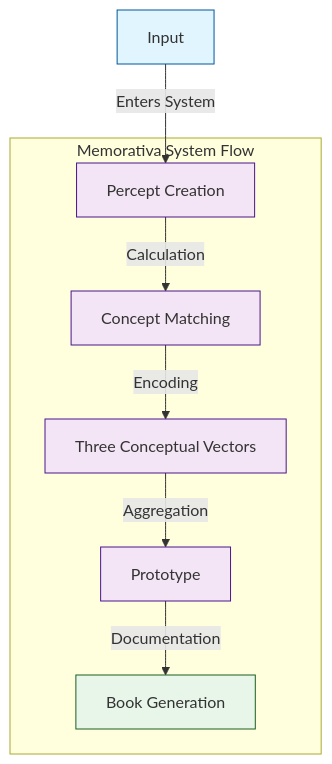
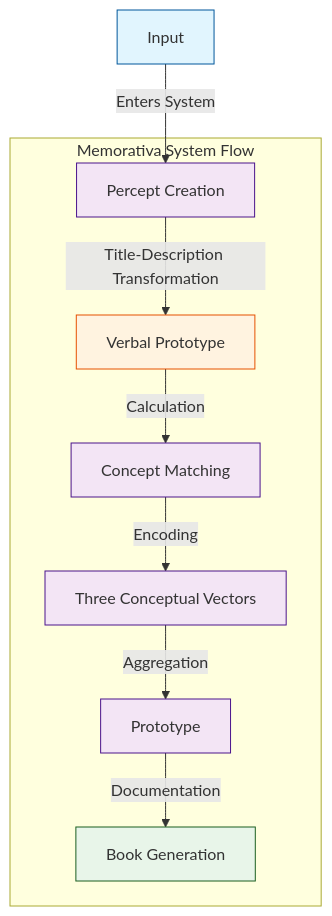
The second of 7 diagrams in docs/memorativa-design.md (heavyblotto/memorativa), drawn with Mermaid before and after one commit. The commit also changed other lines of this file, not shown here.

````diff
--- a/docs/memorativa-design.md
+++ b/docs/memorativa-design.md
@@ -43,24 +43,28 @@
 ```mermaid
 graph TD
     I[Input] --> |Enters System| P1[Percept Creation]
-    P1 --> |Calculation| C[Concept Matching]
+    P1 --> |Title-Description Transformation| TD[Verbal Prototype]
+    TD --> |Calculation| C[Concept Matching]
     C --> |Encoding| V[Three Conceptual Vectors]
     V --> |Aggregation| PR[Prototype]
     PR --> |Documentation| B[Book Generation]
 
     subgraph "Memorativa System Flow"
         P1
+        TD
         C
         V
         PR
         B
     end
 
     classDef input fill:#e1f5fe,stroke:#01579b
     classDef process fill:#f3e5f5,stroke:#4a148c
     classDef output fill:#e8f5e9,stroke:#1b5e20
+    classDef text fill:#fff3e0,stroke:#e65100
 
     class I input
     class P1,C,V,PR process
     class B output
+    class TD text
 ```
````
